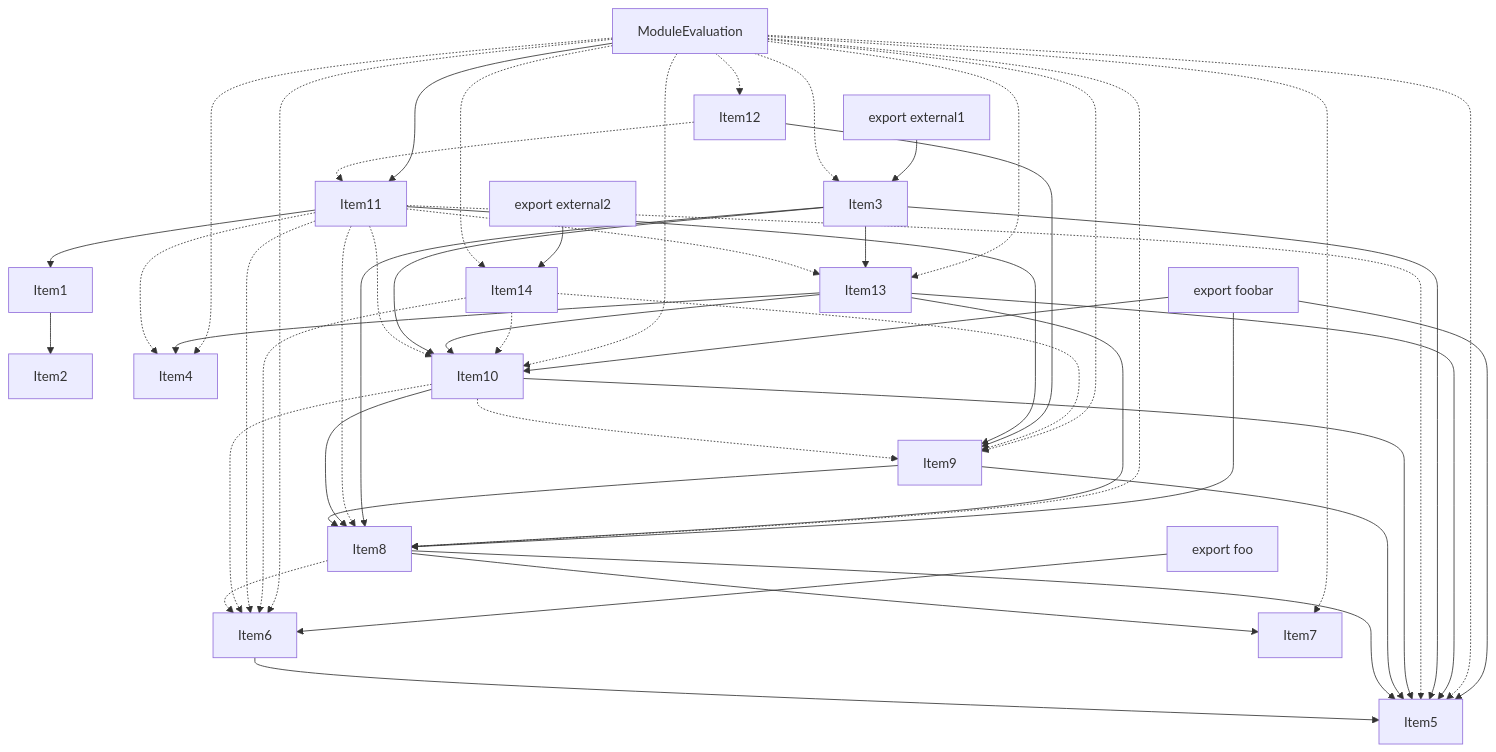
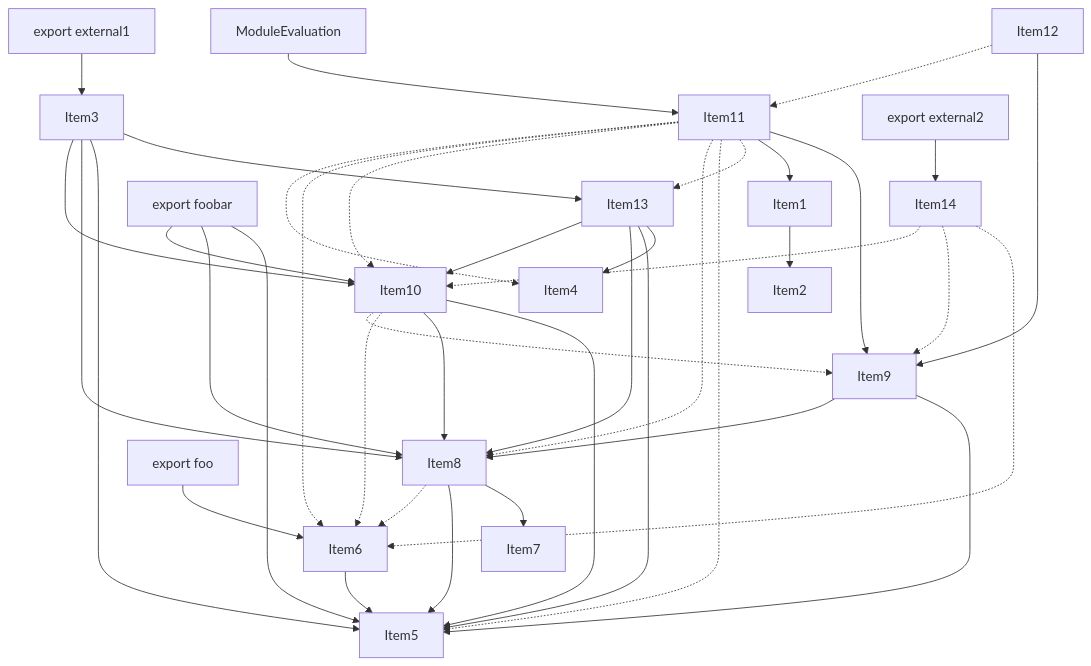
Before and after one commit to vercel/turborepo: the fourth of 5 diagrams in crates/turbopack-ecmascript/tests/tree-shaker/analyzer/2/output.md, drawn with Mermaid. The commit also changed other lines of this file and 3 other files, not shown here.

````diff
--- a/crates/turbopack-ecmascript/tests/tree-shaker/analyzer/2/output.md
+++ b/crates/turbopack-ecmascript/tests/tree-shaker/analyzer/2/output.md
@@ -288,77 +288,66 @@
 ```mermaid
 graph TD
     Item3;
     Item2;
     Item4;
     Item5;
     Item6;
     Item7;
     Item8;
     Item9;
     Item10;
     Item11;
     Item12;
     Item13;
     Item14;
     Item1;
     Item15;
     Item15["ModuleEvaluation"];
     Item16;
     Item16["export external1"];
     Item17;
     Item17["export foobar"];
     Item18;
     Item18["export foo"];
     Item19;
     Item19["export external2"];
     Item1 --> Item2;
     Item6 --> Item5;
     Item8 --> Item7;
     Item8 --> Item5;
     Item8 -.-> Item6;
     Item9 --> Item5;
     Item9 --> Item8;
     Item10 --> Item5;
     Item10 --> Item8;
     Item10 -.-> Item6;
     Item10 -.-> Item9;
     Item11 --> Item9;
     Item11 --> Item1;
     Item11 -.-> Item13;
     Item11 -.-> Item5;
     Item11 -.-> Item8;
     Item11 -.-> Item10;
     Item11 -.-> Item6;
     Item11 -.-> Item4;
     Item12 --> Item9;
     Item12 -.-> Item11;
     Item3 --> Item13;
     Item3 --> Item5;
     Item3 --> Item8;
     Item3 --> Item10;
     Item13 --> Item4;
     Item13 --> Item5;
     Item13 --> Item8;
     Item13 --> Item10;
     Item14 -.-> Item6;
     Item14 -.-> Item9;
     Item14 -.-> Item10;
     Item15 --> Item11;
-    Item15 -.-> Item3;
-    Item15 -.-> Item4;
-    Item15 -.-> Item5;
-    Item15 -.-> Item8;
-    Item15 -.-> Item10;
-    Item15 -.-> Item6;
-    Item15 -.-> Item9;
-    Item15 -.-> Item7;
-    Item15 -.-> Item12;
-    Item15 -.-> Item13;
-    Item15 -.-> Item14;
     Item16 --> Item3;
     Item17 --> Item5;
     Item17 --> Item8;
     Item17 --> Item10;
     Item18 --> Item6;
     Item19 --> Item14;
 ```
````
